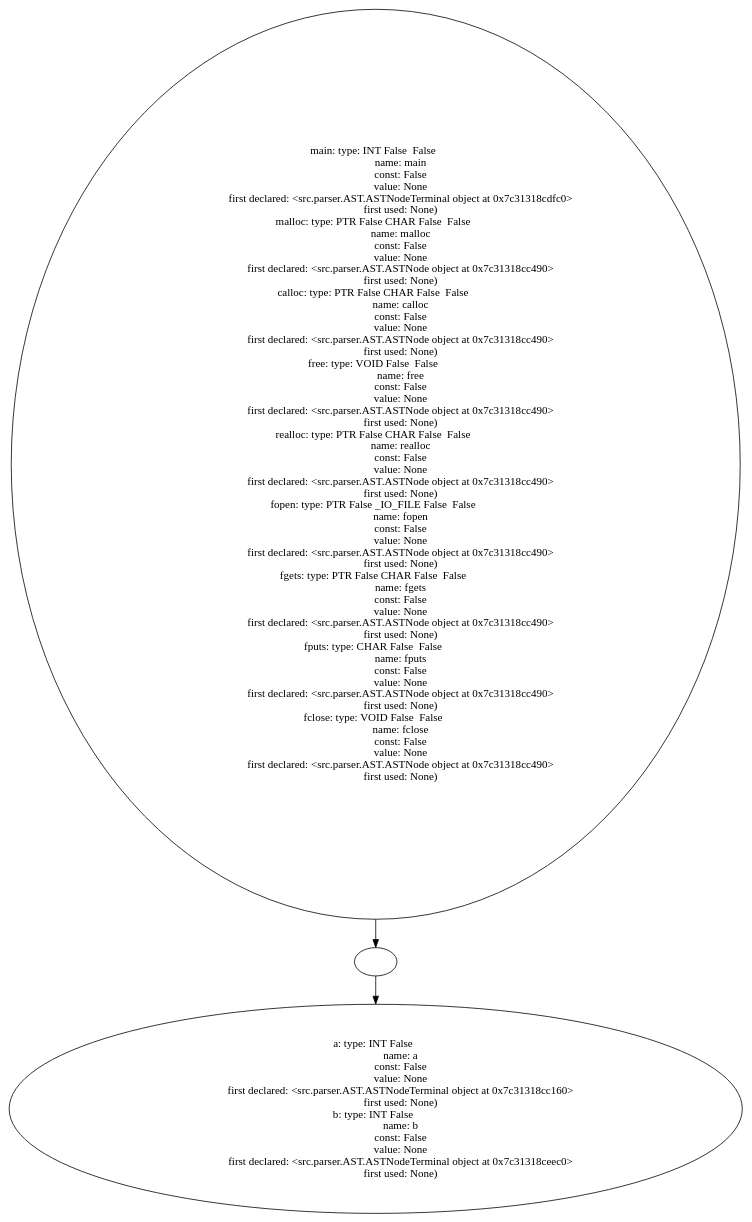
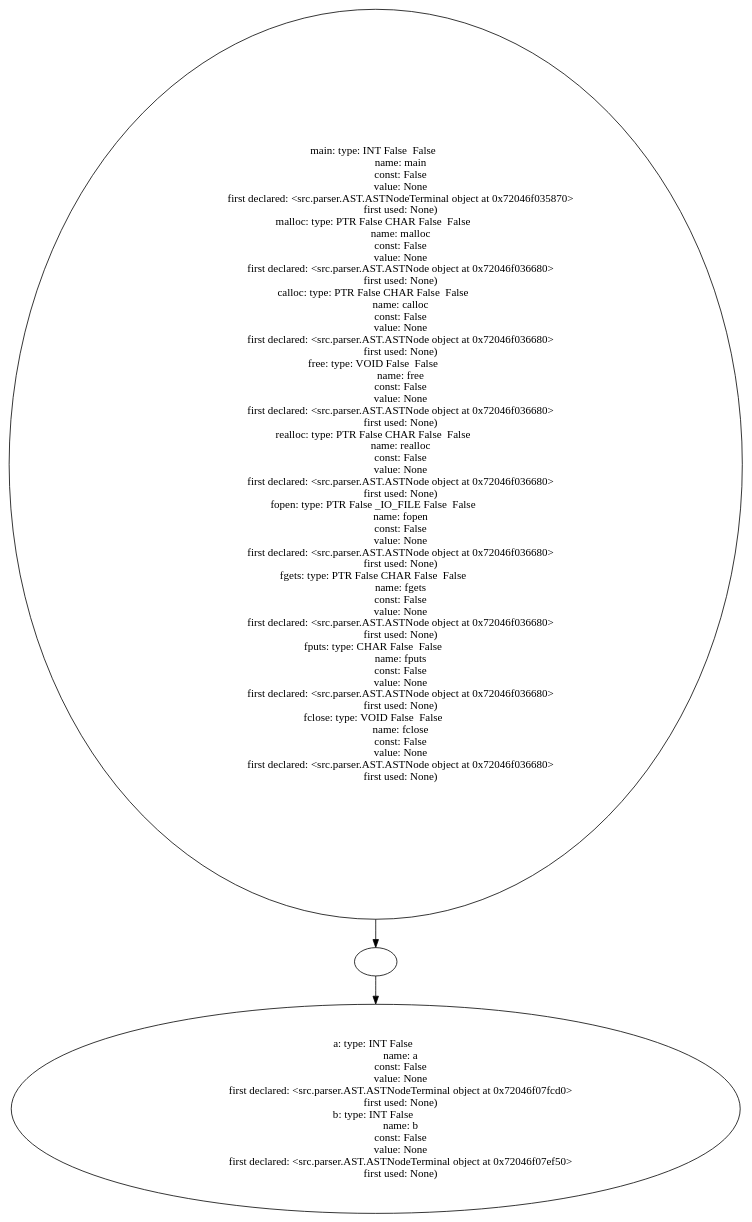
Before and after one commit to Are-you-listening/Compilers: the diagram in example_source_files/8_Expressions/8_Expressions_table.dot, drawn with Graphviz. The commit also changed 7 other files, not shown here.

```diff
--- a/example_source_files/8_Expressions/8_Expressions_table.dot
+++ b/example_source_files/8_Expressions/8_Expressions_table.dot
@@ -1,71 +1,71 @@
 digraph AST {
-  "136550726554512" [label="main: type: INT False  False  
+  "125363368230480" [label="main: type: INT False  False  
                    name: main
                    const: False
                    value: None
-                   first declared: <src.parser.AST.ASTNodeTerminal object at 0x7c31318cdfc0>
+                   first declared: <src.parser.AST.ASTNodeTerminal object at 0x72046f035870>
                    first used: None)
 malloc: type: PTR False CHAR False  False  
                    name: malloc
                    const: False
                    value: None
-                   first declared: <src.parser.AST.ASTNode object at 0x7c31318cc490>
+                   first declared: <src.parser.AST.ASTNode object at 0x72046f036680>
                    first used: None)
 calloc: type: PTR False CHAR False  False  
                    name: calloc
                    const: False
                    value: None
-                   first declared: <src.parser.AST.ASTNode object at 0x7c31318cc490>
+                   first declared: <src.parser.AST.ASTNode object at 0x72046f036680>
                    first used: None)
 free: type: VOID False  False  
                    name: free
                    const: False
                    value: None
-                   first declared: <src.parser.AST.ASTNode object at 0x7c31318cc490>
+                   first declared: <src.parser.AST.ASTNode object at 0x72046f036680>
                    first used: None)
 realloc: type: PTR False CHAR False  False  
                    name: realloc
                    const: False
                    value: None
-                   first declared: <src.parser.AST.ASTNode object at 0x7c31318cc490>
+                   first declared: <src.parser.AST.ASTNode object at 0x72046f036680>
                    first used: None)
 fopen: type: PTR False _IO_FILE False  False  
                    name: fopen
                    const: False
                    value: None
-                   first declared: <src.parser.AST.ASTNode object at 0x7c31318cc490>
+                   first declared: <src.parser.AST.ASTNode object at 0x72046f036680>
                    first used: None)
 fgets: type: PTR False CHAR False  False  
                    name: fgets
                    const: False
                    value: None
-                   first declared: <src.parser.AST.ASTNode object at 0x7c31318cc490>
+                   first declared: <src.parser.AST.ASTNode object at 0x72046f036680>
                    first used: None)
 fputs: type: CHAR False  False  
                    name: fputs
                    const: False
                    value: None
-                   first declared: <src.parser.AST.ASTNode object at 0x7c31318cc490>
+                   first declared: <src.parser.AST.ASTNode object at 0x72046f036680>
                    first used: None)
 fclose: type: VOID False  False  
                    name: fclose
                    const: False
                    value: None
-                   first declared: <src.parser.AST.ASTNode object at 0x7c31318cc490>
+                   first declared: <src.parser.AST.ASTNode object at 0x72046f036680>
                    first used: None)"];
-  "136550726554512" -> "136550726556672";
-  "136550726556672" [label=""];
-  "136550726556672" -> "136550726559936";
-  "136550726559936" [label="a: type: INT False  
+  "125363368230480" -> "125363368228320";
+  "125363368228320" [label=""];
+  "125363368228320" -> "125363368228464";
+  "125363368228464" [label="a: type: INT False  
                    name: a
                    const: False
                    value: None
-                   first declared: <src.parser.AST.ASTNodeTerminal object at 0x7c31318cc160>
+                   first declared: <src.parser.AST.ASTNodeTerminal object at 0x72046f07fcd0>
                    first used: None)
 b: type: INT False  
                    name: b
                    const: False
                    value: None
-                   first declared: <src.parser.AST.ASTNodeTerminal object at 0x7c31318ceec0>
+                   first declared: <src.parser.AST.ASTNodeTerminal object at 0x72046f07ef50>
                    first used: None)"];
 }
```
